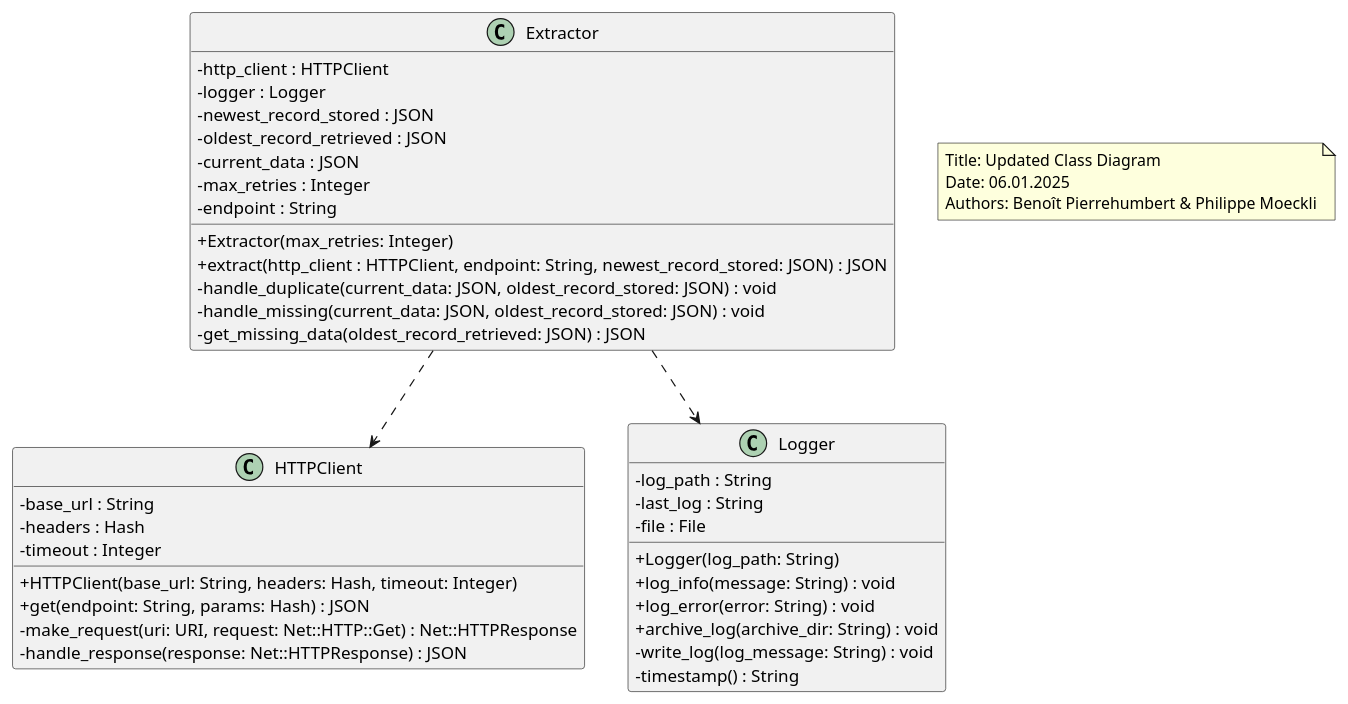
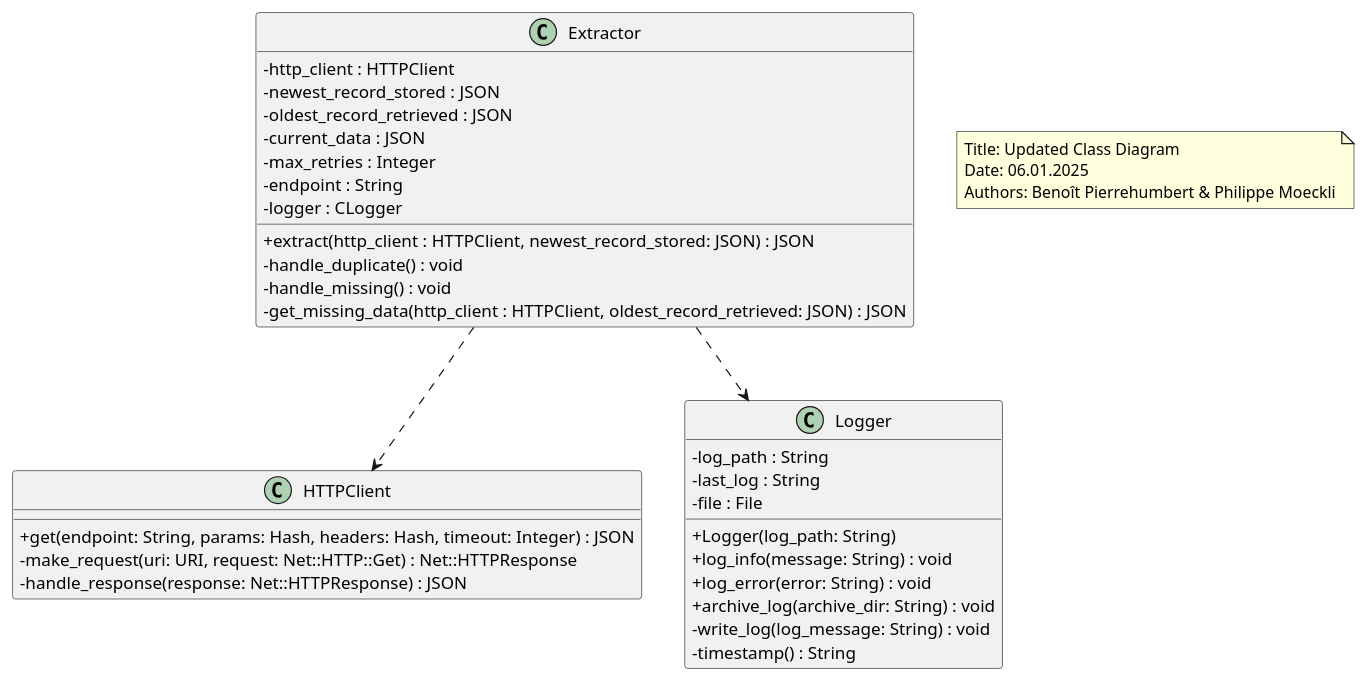
The diagram in docs/class_diagram.puml (CPNV-ES-BI1-SBB/EXTERNAL-SOURCE-EXTRACT), drawn with PlantUML before and after one commit. The commit also changed 3 other files, not shown here.

Commit message:
refactor: remove the composition between extractor, http_client and logger

```diff
--- a/docs/class_diagram.puml
+++ b/docs/class_diagram.puml
@@ -1,51 +1,46 @@
 @startuml
 
 skinparam classAttributeIconSize 0
 
 class Extractor {
   - http_client : HTTPClient
-  - logger : Logger
   - newest_record_stored : JSON
   - oldest_record_retrieved : JSON
   - current_data : JSON
   - max_retries : Integer
   - endpoint : String
-  + Extractor(max_retries: Integer)
-  + extract(http_client : HTTPClient, endpoint: String, newest_record_stored: JSON) : JSON
-  - handle_duplicate(current_data: JSON, oldest_record_stored: JSON) : void
-  - handle_missing(current_data: JSON, oldest_record_stored: JSON) : void
-  - get_missing_data(oldest_record_retrieved: JSON) : JSON
+  - logger : CLogger
+  + extract(http_client : HTTPClient, newest_record_stored: JSON) : JSON
+  - handle_duplicate() : void
+  - handle_missing() : void
+  - get_missing_data(http_client : HTTPClient, oldest_record_retrieved: JSON) : JSON
 }
 
 class HTTPClient {
-  - base_url : String
-  - headers : Hash
-  - timeout : Integer
-  + HTTPClient(base_url: String, headers: Hash, timeout: Integer)
-  + get(endpoint: String, params: Hash) : JSON
+  + get(endpoint: String, params: Hash, headers: Hash, timeout: Integer) : JSON
   - make_request(uri: URI, request: Net::HTTP::Get) : Net::HTTPResponse
   - handle_response(response: Net::HTTPResponse) : JSON
 }
 
 class Logger {
   - log_path : String
   - last_log : String
   - file : File
   + Logger(log_path: String)
   + log_info(message: String) : void
   + log_error(error: String) : void
   + archive_log(archive_dir: String) : void
   - write_log(log_message: String) : void
   - timestamp() : String
 }
 
 Extractor ..> HTTPClient
 Extractor ..> Logger
 
 note as N1
   Title: Updated Class Diagram
   Date: 06.01.2025
   Authors: Benoît Pierrehumbert & Philippe Moeckli
 end note
 
 @enduml
```
